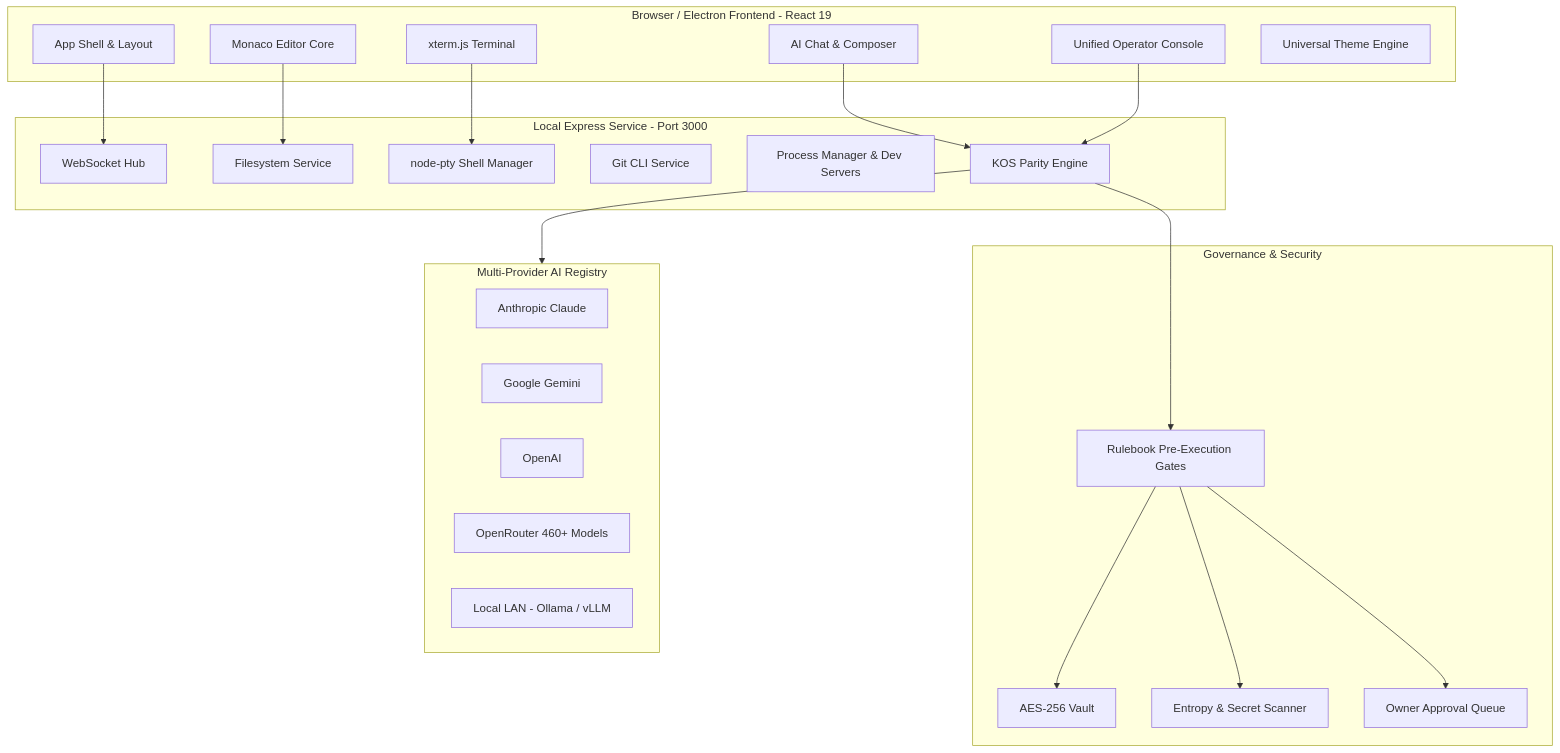
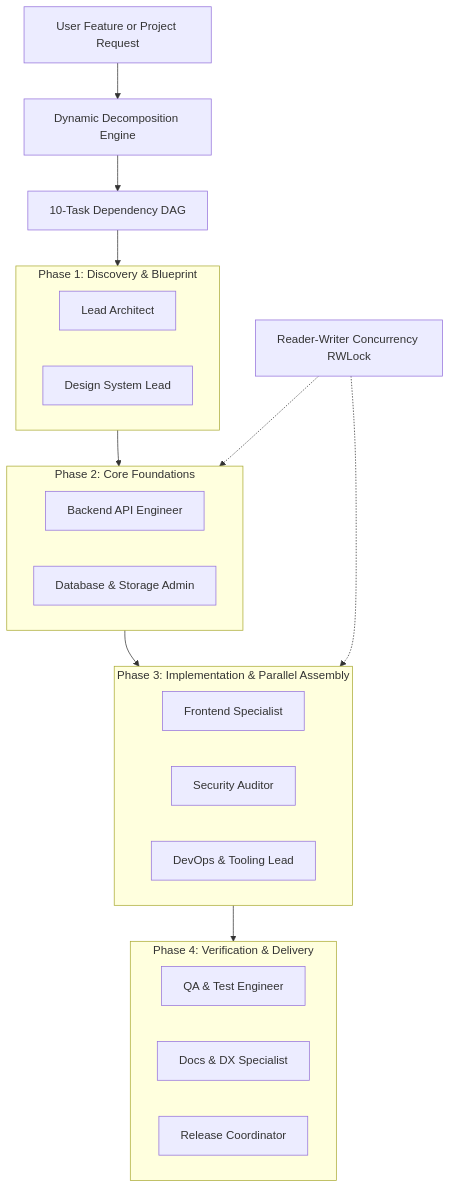
The diagram in README.md (rexmoeed/NovaIDE), drawn with Mermaid before and after one commit. The commit also changed other lines of this file, not shown here.

Commit message:
docs: update README with multi-agent parallel swarm, Windows installer builds, and GitHub auto-updater guide

````diff
--- a/README.md
+++ b/README.md
@@ -153,46 +48,35 @@
 ```mermaid
 graph TD
-    subgraph Client [Browser / Electron Frontend - React 19]
-        UI[App Shell & Layout]
-        Monaco[Monaco Editor Core]
-        XTerm[xterm.js Terminal]
-        Chat[AI Chat & Composer]
-        OpConsole[Unified Operator Console]
-        ThemeSys[Universal Theme Engine]
+    UserReq[User Feature or Project Request] --> Planner[Dynamic Decomposition Engine]
+    Planner --> DAG[10-Task Dependency DAG]
+
+    subgraph Phase1 [Phase 1: Discovery & Blueprint]
+        TL1[Lead Architect]
+        TL2[Design System Lead]
     end
 
-    subgraph Backend [Local Express Service - Port 3000]
-        WS[WebSocket Hub]
-        FS[Filesystem Service]
-        PTY[node-pty Shell Manager]
-        GitSvc[Git CLI Service]
-        ProcMgr[Process Manager & Dev Servers]
-        KOS[KOS Parity Engine]
+    subgraph Phase2 [Phase 2: Core Foundations]
+        TL3[Backend API Engineer]
+        TL4[Database & Storage Admin]
     end
 
-    subgraph Security [Governance & Security]
-        Vault[AES-256 Vault]
-        Gates[Rulebook Pre-Execution Gates]
-        Scanner[Entropy & Secret Scanner]
-        ApprQueue[Owner Approval Queue]
+    subgraph Phase3 [Phase 3: Implementation & Parallel Assembly]
+        TL5[Frontend Specialist]
+        TL6[Security Auditor]
+        TL7[DevOps & Tooling Lead]
     end
 
-    subgraph AI [Multi-Provider AI Registry]
-        Anthropic[Anthropic Claude]
-        Gemini[Google Gemini]
-        OpenAI[OpenAI]
-        OpenRouter[OpenRouter 460+ Models]
-        LAN[Local LAN - Ollama / vLLM]
+    subgraph Phase4 [Phase 4: Verification & Delivery]
+        TL8[QA & Test Engineer]
+        TL9[Docs & DX Specialist]
+        TL10[Release Coordinator]
     end
 
-    UI --> WS
-    Monaco --> FS
-    XTerm --> PTY
-    Chat --> KOS
-    OpConsole --> KOS
-    KOS --> Gates
-    Gates --> Vault
-    Gates --> Scanner
-    Gates --> ApprQueue
-    KOS --> AI
+    DAG --> Phase1
+    Phase1 --> Phase2
+    Phase2 --> Phase3
+    Phase3 --> Phase4
+
+    RWLock[Reader-Writer Concurrency RWLock] -.-> Phase2
+    RWLock -.-> Phase3
 ```
````
